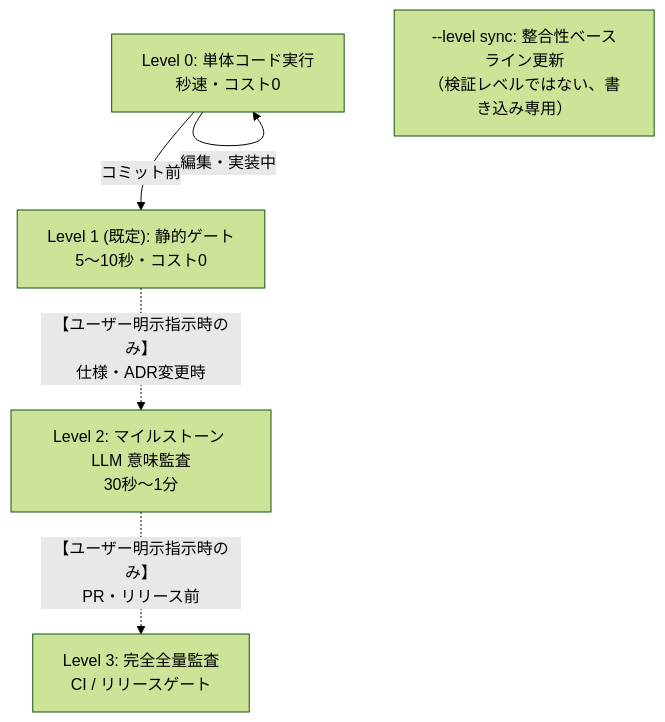
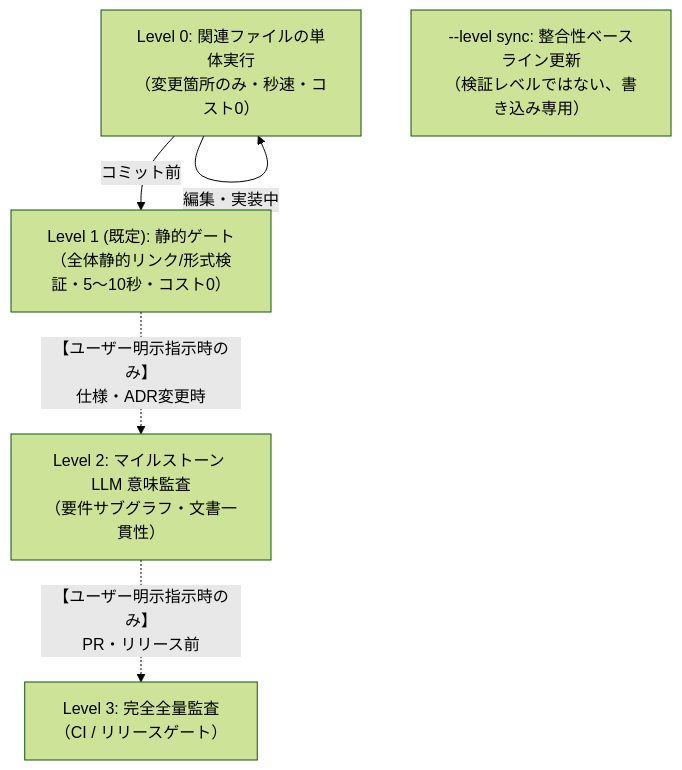
Before and after one commit to kmt-t/fireball: the diagram in .agents/skills/document-validation/SKILL.md, drawn with Mermaid (forest theme). The commit also changed other lines of this file and 14 other files, not shown here.

````diff
--- a/.agents/skills/document-validation/SKILL.md
+++ b/.agents/skills/document-validation/SKILL.md
@@ -19,8 +20,8 @@
 ```mermaid
 graph TD
-    L0[Level 0: 単体コード実行<br/>秒速・コスト0] -->|編集・実装中| L0
-    L0 -->|コミット前| L1["Level 1 (既定): 静的ゲート<br/>5〜10秒・コスト0"]
-    L1 -.->|【ユーザー明示指示時のみ】<br/>仕様・ADR変更時| L2[Level 2: マイルストーン LLM 意味監査<br/>30秒〜1分]
-    L2 -.->|【ユーザー明示指示時のみ】<br/>PR・リリース前| L3[Level 3: 完全全量監査<br/>CI / リリースゲート]
+    L0["Level 0: 関連ファイルの単体実行<br/>（変更箇所のみ・秒速・コスト0）"] -->|編集・実装中| L0
+    L0 -->|コミット前| L1["Level 1 (既定): 静的ゲート<br/>（全体静的リンク/形式検証・5〜10秒・コスト0）"]
+    L1 -.->|【ユーザー明示指示時のみ】<br/>仕様・ADR変更時| L2["Level 2: マイルストーン LLM 意味監査<br/>（要件サブグラフ・文書一貫性）"]
+    L2 -.->|【ユーザー明示指示時のみ】<br/>PR・リリース前| L3["Level 3: 完全全量監査<br/>（CI / リリースゲート）"]
     Sync["--level sync: 整合性ベースライン更新<br/>（検証レベルではない、書き込み専用）"]
 ```
````
